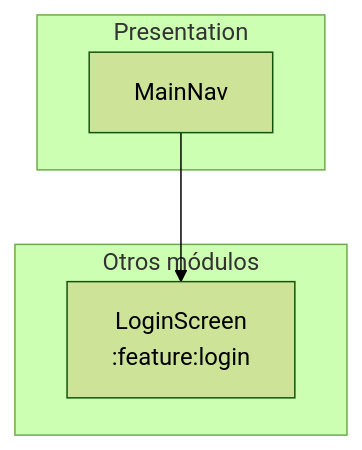
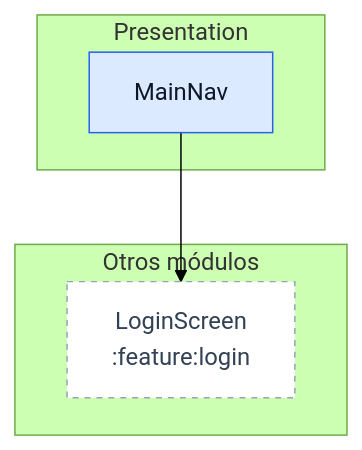
One commit to pfranccino/android-module-map changed the first of 3 diagrams in examples/app.md. Above: the diagram before and after it, drawn with Mermaid (forest theme). The commit also changed other lines of this file and 5 other files, not shown here.

````diff
--- a/examples/app.md
+++ b/examples/app.md
@@ -9,10 +9,14 @@
 ```mermaid
 graph TD
     subgraph Presentation
         n0["MainNav"]
     end
     subgraph ext_modules["Otros módulos"]
         n1["LoginScreen<br/>:feature:login"]
     end
     n0 --> n1
+    classDef layerPresentation fill:#dbeafe,stroke:#2563eb,color:#0f172a
+    class n0 layerPresentation
+    classDef external fill:#ffffff,stroke:#94a3b8,stroke-dasharray:4,color:#334155
+    class n1 external
 ```
````
